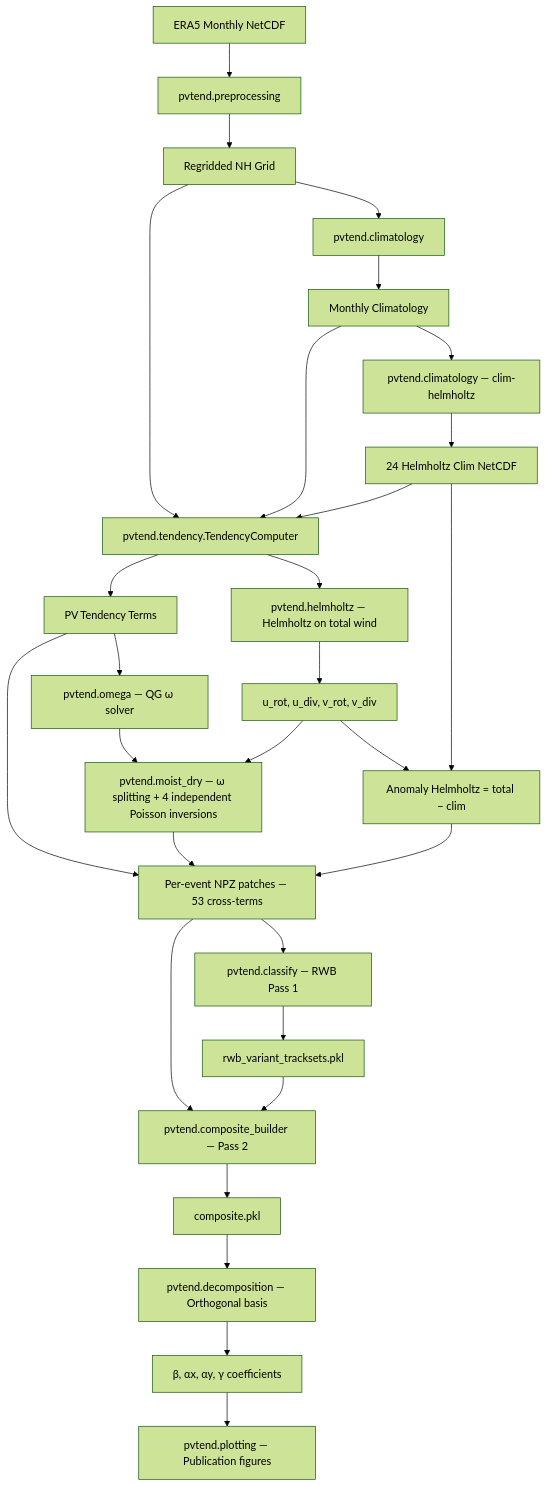
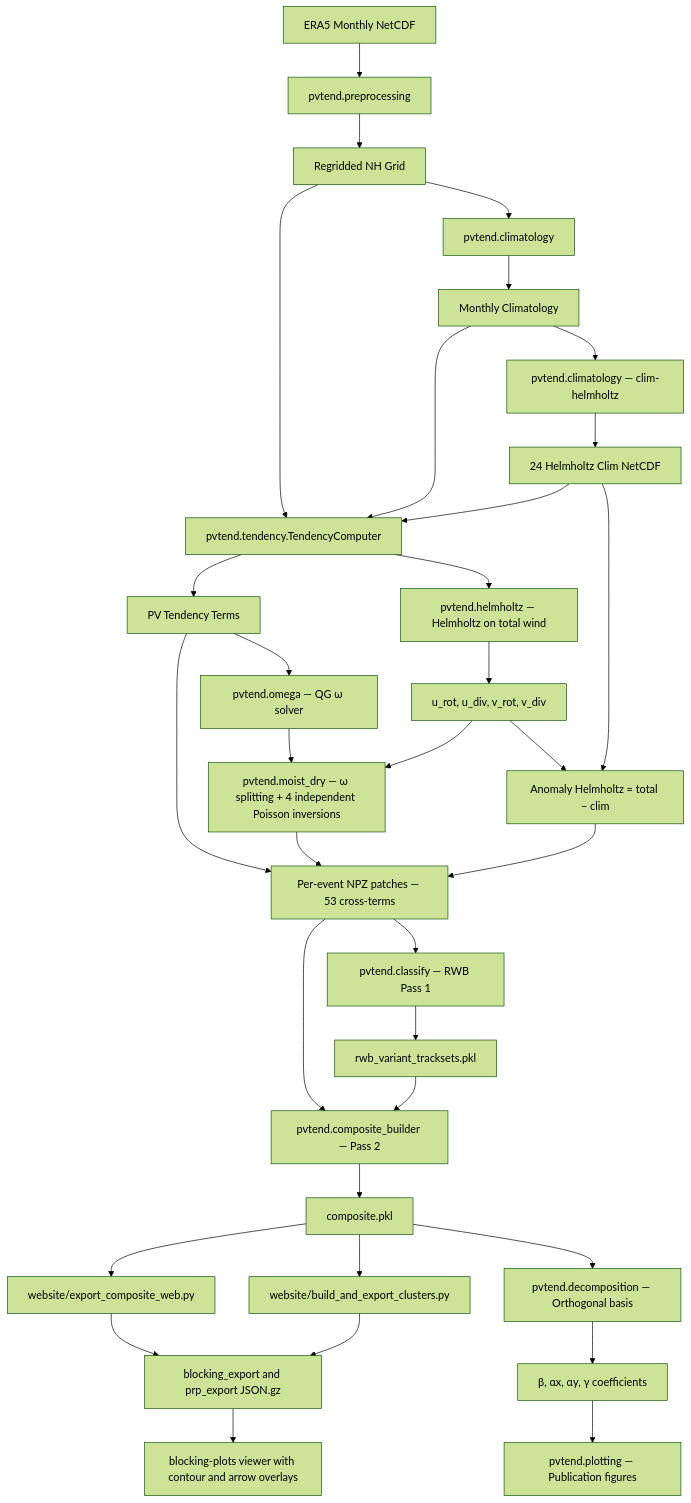
One commit to yanxingjianken/pvtend changed the first of 3 diagrams in README.md. Above: the diagram before and after it, drawn with Mermaid (forest theme). The commit also changed other lines of this file and 24 other files, not shown here.

````diff
--- a/README.md
+++ b/README.md
@@ -144,24 +144,29 @@
 ```mermaid
 graph TD
     A[ERA5 Monthly NetCDF] --> B[pvtend.preprocessing]
     B --> C[Regridded NH Grid]
     C --> D[pvtend.climatology]
     D --> E[Monthly Climatology]
     E --> E2[pvtend.climatology — clim-helmholtz]
     E2 --> E3[24 Helmholtz Clim NetCDF]
     C & E & E3 --> F[pvtend.tendency.TendencyComputer]
     F --> G[PV Tendency Terms]
     F --> I[pvtend.helmholtz — Helmholtz on total wind]
     I --> I2[u_rot, u_div, v_rot, v_div]
     I2 & E3 --> I3[Anomaly Helmholtz = total − clim]
     G --> H[pvtend.omega — QG ω solver]
     H & I2 --> J[pvtend.moist_dry — ω splitting + 4 independent Poisson inversions]
     G & J & I3 --> K[Per-event NPZ patches — 53 cross-terms]
     K --> L1[pvtend.classify — RWB Pass 1]
     L1 --> L1a[rwb_variant_tracksets.pkl]
     K & L1a --> L2[pvtend.composite_builder — Pass 2]
     L2 --> L2a[composite.pkl]
+    L2a --> W1[website/export_composite_web.py]
+    L2a --> W2[website/build_and_export_clusters.py]
+    W1 --> W3[blocking_export and prp_export JSON.gz]
+    W2 --> W3
+    W3 --> W4[blocking-plots viewer with contour and arrow overlays]
     L2a --> M[pvtend.decomposition — Orthogonal basis]
     M --> N[β, αx, αy, γ coefficients]
     N --> O[pvtend.plotting — Publication figures]
 ```
````
